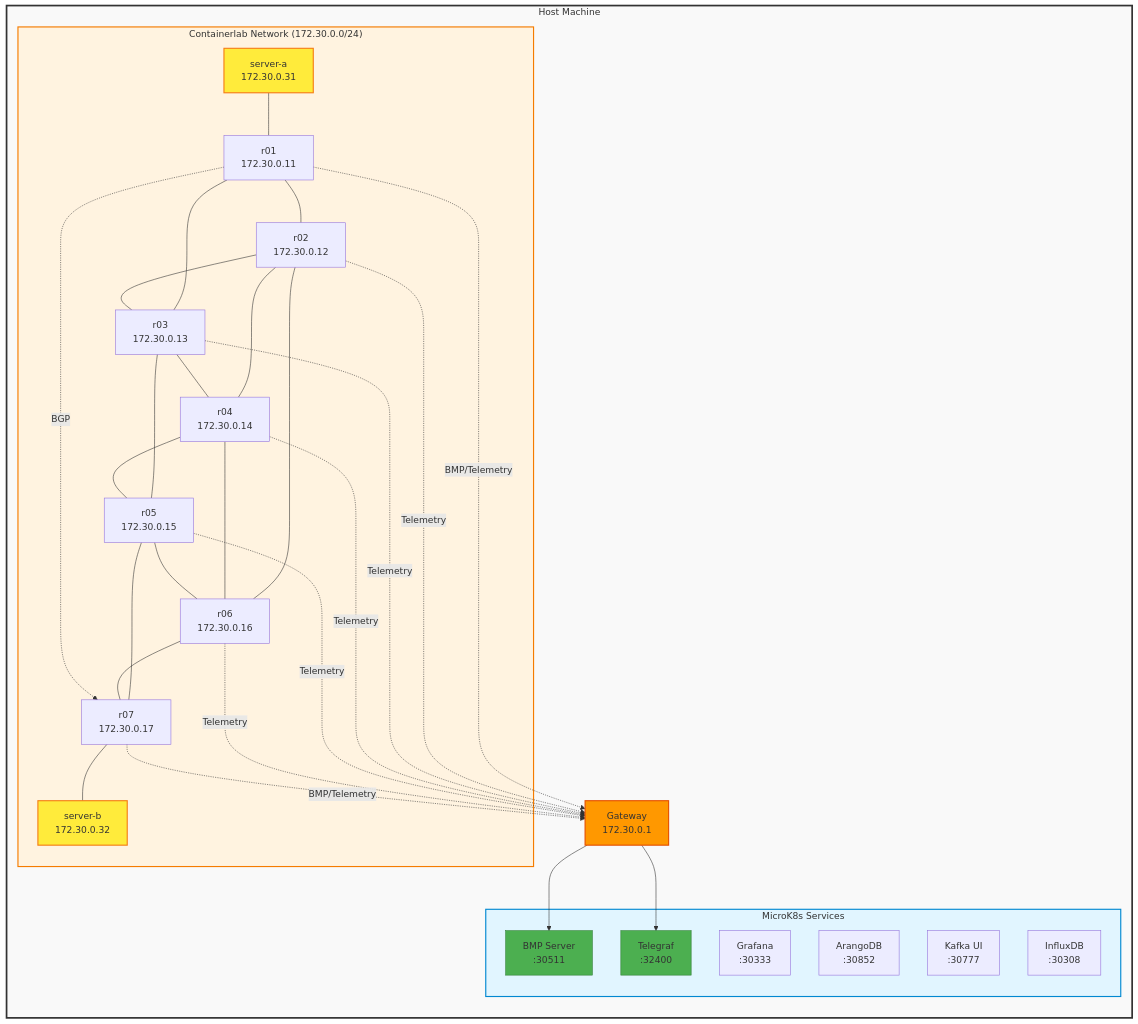
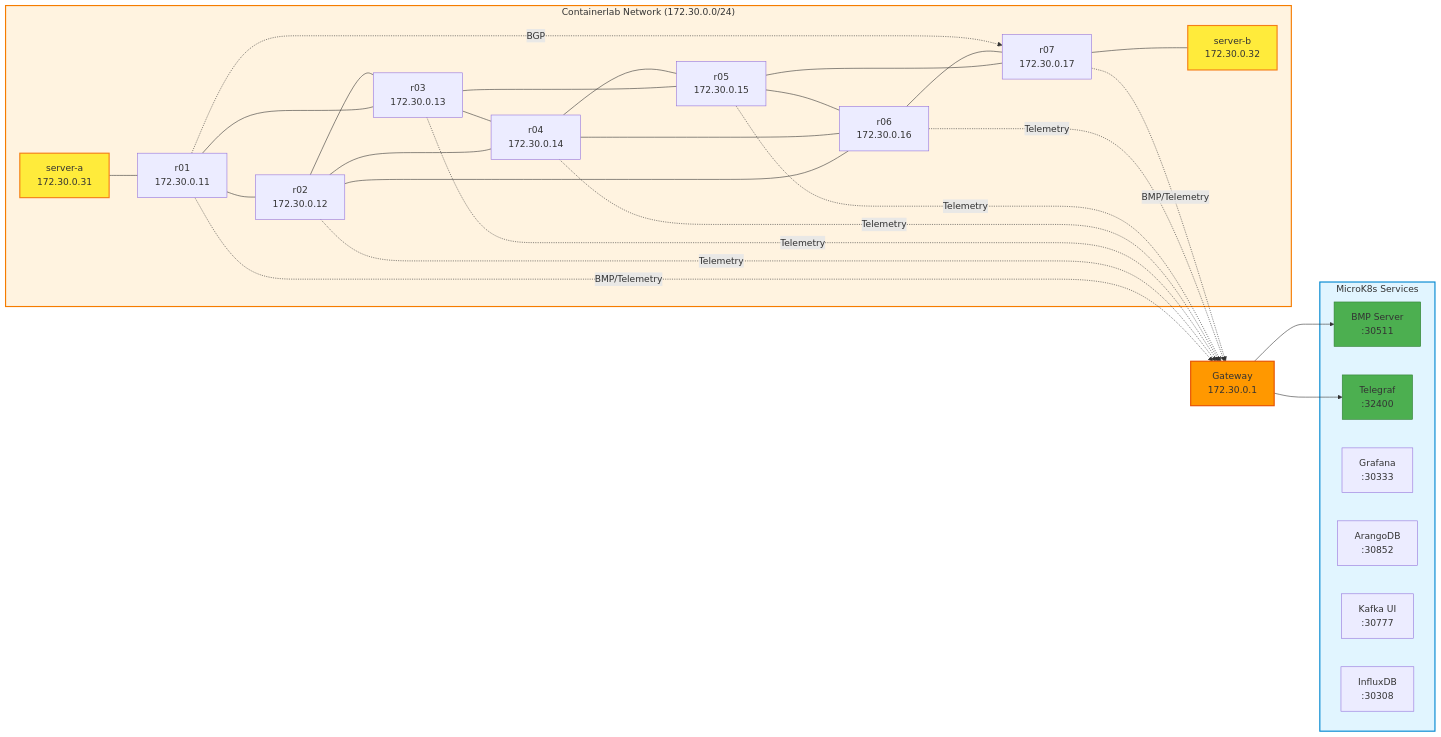
The diagram in README.md (severindellsperger/jalapeno-bmp-demo), drawn with Mermaid before and after one commit.

Commit message:
Fix Mermaid diagram horizontal alignment by removing nested subgraphs
Agent-Logs-Url: https://github.com/severindellsperger/jalapeno-bmp-demo/sessions/844da9fa-bd88-4fd6-b3ab-866a86542cc9

````diff
--- a/README.md
+++ b/README.md
@@ -17,68 +17,65 @@
 ```mermaid
 graph LR
-    subgraph Host["Host Machine"]
-        GW["Gateway<br/>172.30.0.1"]
+    GW["Gateway<br/>172.30.0.1"]
 
-        subgraph K8s["MicroK8s Services"]
-            BMP["BMP Server<br/>:30511"]
-            TEL["Telegraf<br/>:32400"]
-            GRAF["Grafana<br/>:30333"]
-            ARANGO["ArangoDB<br/>:30852"]
-            KAFKA["Kafka UI<br/>:30777"]
-            INFLUX["InfluxDB<br/>:30308"]
-        end
+    subgraph K8s["MicroK8s Services"]
+        BMP["BMP Server<br/>:30511"]
+        TEL["Telegraf<br/>:32400"]
+        GRAF["Grafana<br/>:30333"]
+        ARANGO["ArangoDB<br/>:30852"]
+        KAFKA["Kafka UI<br/>:30777"]
+        INFLUX["InfluxDB<br/>:30308"]
+    end
 
-        subgraph CL["Containerlab Network (172.30.0.0/24)"]
-            SA["server-a<br/>172.30.0.31"]
-            R01["r01<br/>172.30.0.11"]
-            R02["r02<br/>172.30.0.12"]
-            R03["r03<br/>172.30.0.13"]
-            R04["r04<br/>172.30.0.14"]
-            R05["r05<br/>172.30.0.15"]
-            R06["r06<br/>172.30.0.16"]
-            R07["r07<br/>172.30.0.17"]
-            SB["server-b<br/>172.30.0.32"]
-        end
+    subgraph CL["Containerlab Network (172.30.0.0/24)"]
+        SA["server-a<br/>172.30.0.31"]
+        R01["r01<br/>172.30.0.11"]
+        R02["r02<br/>172.30.0.12"]
+        R03["r03<br/>172.30.0.13"]
+        R04["r04<br/>172.30.0.14"]
+        R05["r05<br/>172.30.0.15"]
+        R06["r06<br/>172.30.0.16"]
+        R07["r07<br/>172.30.0.17"]
+        SB["server-b<br/>172.30.0.32"]
     end
 
     %% Physical topology (left to right)
     SA --- R01
     R01 --- R02
     R01 --- R03
     R02 --- R03
     R02 --- R04
     R02 --- R06
     R03 --- R04
     R03 --- R05
     R04 --- R05
     R04 --- R06
     R05 --- R06
     R05 --- R07
     R06 --- R07
     R07 --- SB
 
     %% BMP/Telemetry to Gateway
     R01 -.BMP/Telemetry.-> GW
     R02 -.Telemetry.-> GW
     R03 -.Telemetry.-> GW
     R04 -.Telemetry.-> GW
     R05 -.Telemetry.-> GW
     R06 -.Telemetry.-> GW
     R07 -.BMP/Telemetry.-> GW
 
     %% Gateway to Services
     GW --> BMP
     GW --> TEL
 
     %% BGP peering
     R01 -.BGP.-> R07
 
-    style Host fill:#f9f9f9,stroke:#333,stroke-width:3px
     style K8s fill:#e1f5ff,stroke:#0288d1,stroke-width:2px
     style CL fill:#fff3e0,stroke:#f57c00,stroke-width:2px
     style BMP fill:#4caf50,stroke:#2e7d32
     style TEL fill:#4caf50,stroke:#2e7d32
     style GW fill:#ff9800,stroke:#e65100,stroke-width:2px
     style SA fill:#ffeb3b,stroke:#f57f17,stroke-width:2px
     style SB fill:#ffeb3b,stroke:#f57f17,stroke-width:2px
 ```
````
